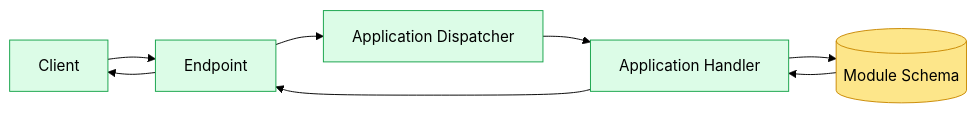
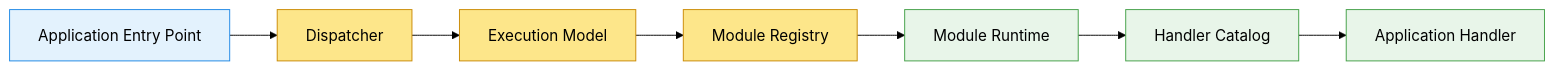
Before and after one commit to soufiane-rizk/Jobwize: the first of 3 diagrams in docs/architecture/09-runtime.md, drawn with Mermaid (forest theme). The commit also changed other lines of this file and 164 other files, not shown here.

First line of the commit message:
Establish Backend Architecture Foundation (#23)

````diff
--- a/docs/architecture/09-runtime.md
+++ b/docs/architecture/09-runtime.md
@@ -185,27 +34,37 @@
 ```mermaid
 flowchart LR
 
-    Client["Client"]
+    Endpoint["Application Entry Point"]
 
-    Endpoint["Endpoint"]
+    Dispatcher["Dispatcher"]
 
-    Dispatcher["Application Dispatcher"]
+    Execution["Execution Model"]
+
+    Registry["Module Registry"]
+
+    Runtime["Module Runtime"]
+
+    Catalog["Handler Catalog"]
 
     Handler["Application Handler"]
 
-    Database[(Module Schema)]
+    Endpoint --> Dispatcher
 
-    Client --> Endpoint
-    Endpoint --> Dispatcher
-    Dispatcher --> Handler
-    Handler --> Database
-    Database --> Handler
-    Handler --> Endpoint
-    Endpoint --> Client
+    Dispatcher --> Execution
 
-    classDef application fill:#dcfce7,stroke:#16a34a,color:#000;
-    classDef infrastructure fill:#fde68a,stroke:#ca8a04,color:#000;
+    Execution --> Registry
 
-    class Client,Endpoint,Dispatcher,Handler application;
-    class Database infrastructure;
+    Registry --> Runtime
+
+    Runtime --> Catalog
+
+    Catalog --> Handler
+
+    classDef entry fill:#E3F2FD,stroke:#1E88E5,color:#000;
+    classDef runtime fill:#fde68a,stroke:#ca8a04,color:#000
+    classDef module fill:#E8F5E9,stroke:#43A047,color:#000;
+
+    class Endpoint entry;
+    class Dispatcher,Execution,Registry runtime;
+    class Runtime,Catalog,Handler module;
 ```
````
